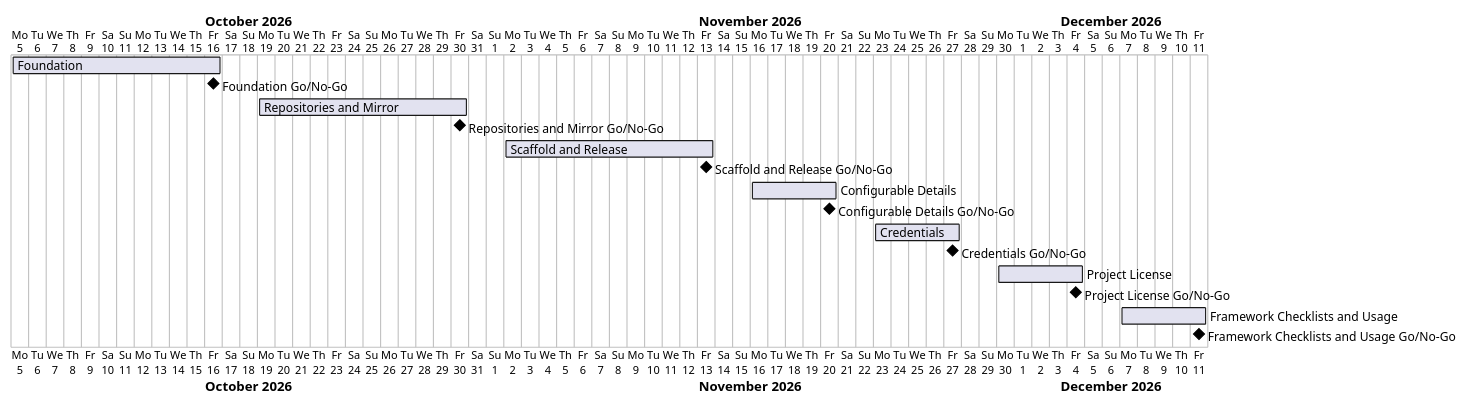
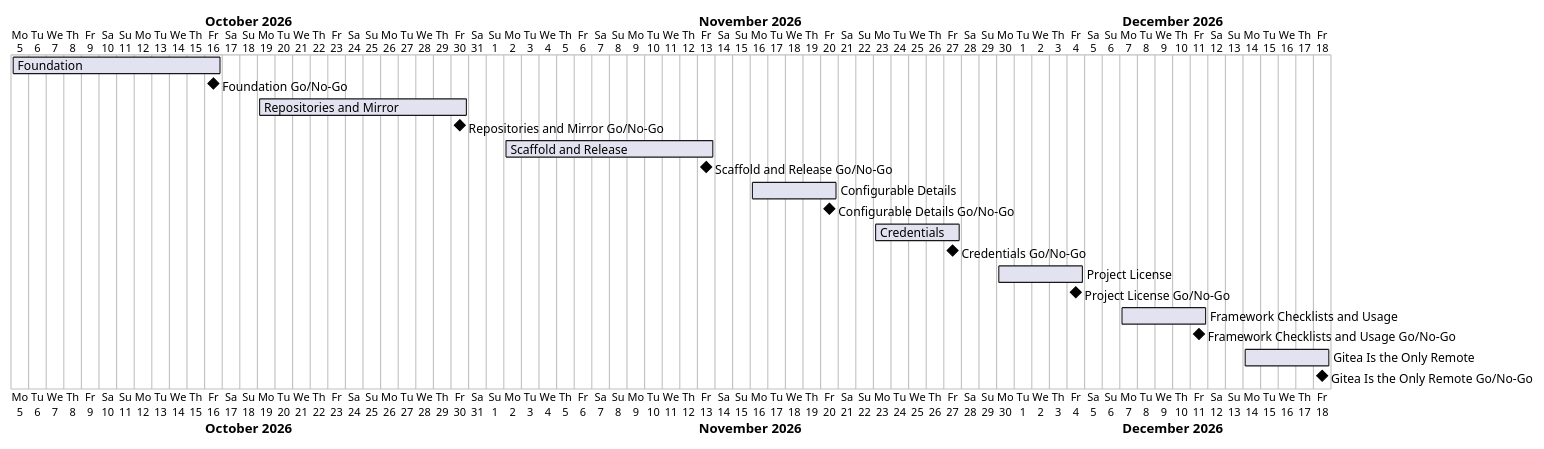
The diagram in docs/project-plan.md (TirSystem-BashScript/RepoFoundry), drawn with PlantUML before and after one commit. The commit also changed other lines of this file and 14 other files, not shown here.

First line of the commit message:
Plan MIL-008: the local project has origin as its only remote

````diff
--- a/docs/project-plan.md
+++ b/docs/project-plan.md
@@ -40,19 +41,21 @@
 ```plantuml
 @startgantt
 Project starts 2026-10-05
 [Foundation] starts 2026-10-05 and ends 2026-10-16
 [Foundation Go/No-Go] happens 2026-10-16
 [Repositories and Mirror] starts 2026-10-19 and ends 2026-10-30
 [Repositories and Mirror Go/No-Go] happens 2026-10-30
 [Scaffold and Release] starts 2026-11-02 and ends 2026-11-13
 [Scaffold and Release Go/No-Go] happens 2026-11-13
 [Configurable Details] starts 2026-11-16 and ends 2026-11-20
 [Configurable Details Go/No-Go] happens 2026-11-20
 [Credentials] starts 2026-11-23 and ends 2026-11-27
 [Credentials Go/No-Go] happens 2026-11-27
 [Project License] starts 2026-11-30 and ends 2026-12-04
 [Project License Go/No-Go] happens 2026-12-04
 [Framework Checklists and Usage] starts 2026-12-07 and ends 2026-12-11
 [Framework Checklists and Usage Go/No-Go] happens 2026-12-11
+[Gitea Is the Only Remote] starts 2026-12-14 and ends 2026-12-18
+[Gitea Is the Only Remote Go/No-Go] happens 2026-12-18
 @endgantt
 ```
````
